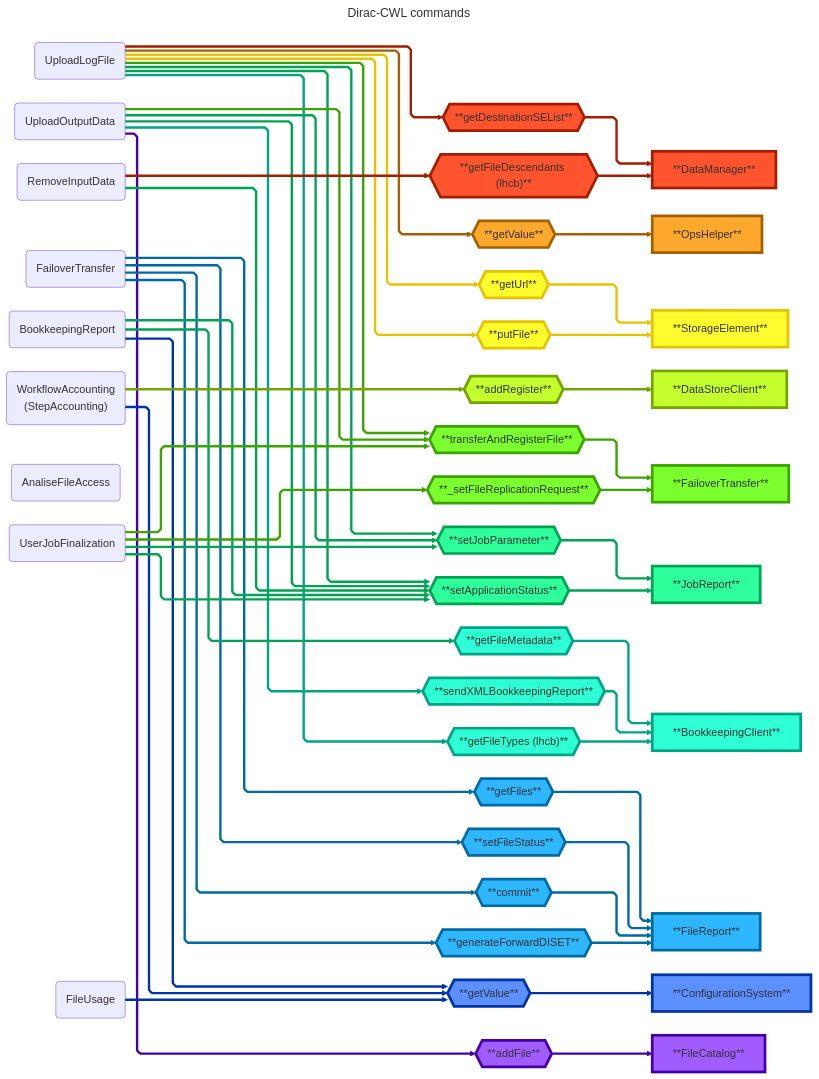
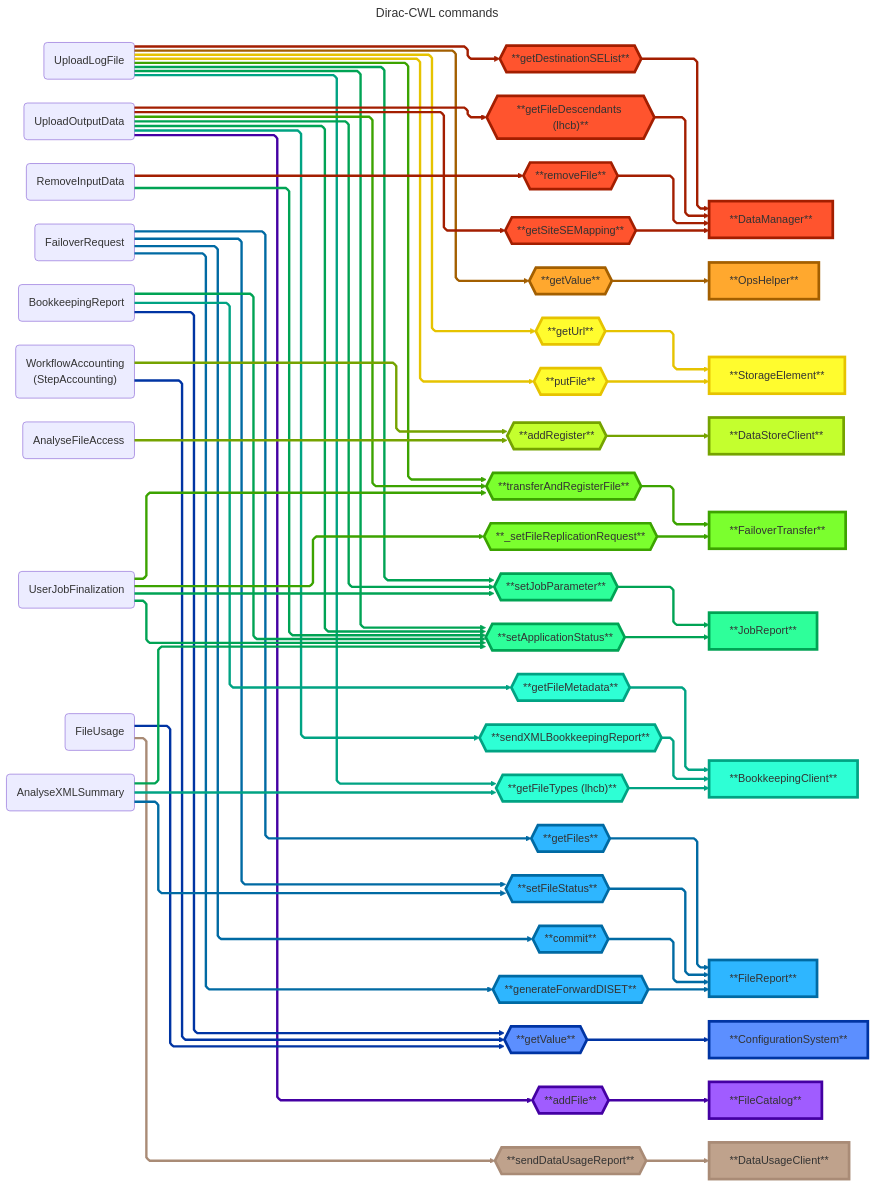
One commit to DIRACGrid/dirac-cwl changed the fifth of 5 diagrams in docs/design/lhcb-workflows.md. Above: the diagram before and after it, drawn with Mermaid. The commit also changed other lines of this file, not shown here.

Commit message:
fix(docs): Correct lhcb-workflows

````diff
--- a/docs/design/lhcb-workflows.md
+++ b/docs/design/lhcb-workflows.md
@@ -258,12 +262,17 @@
     getDestinationSEList getDestinationSEList_l@===> DataManager
     getFileDescendants{{"**getFileDescendants (lhcb)**"}}
     getFileDescendants getFileDescendants_l@===> DataManager
+    removeFile{{**removeFile**}}
+    removeFile removeFile_l@===> DataManager
+    getSiteSEMapping{{**getSiteSEMapping**}}
+    getSiteSEMapping getSiteSEMapping_l@===> DataManager
+
     DataManager[**DataManager**]
 
     classDef DataManagerLink stroke:#A31E00
     classDef DataManagerNode fill:#FF542E,stroke:#A31E00,stroke-width:4px ;
-    class DataManager,getDestinationSEList,getFileDescendants DataManagerNode
-    class getDestinationSEList_l,getFileDescendants_l DataManagerLink
+    class DataManager,getDestinationSEList,getFileDescendants,removeFile,getSiteSEMapping DataManagerNode
+    class getDestinationSEList_l,getFileDescendants_l,removeFile_l,getSiteSEMapping_l DataManagerLink
 
     %% ======================
     %% OpsHelper
@@ -399,6 +408,19 @@
     class addFile_l FileCatalogLink
 
     %% ======================
+    %% DataUsage
+    %% ======================
+
+    sendDataUsageReport{{**sendDataUsageReport**}}
+    sendDataUsageReport sendDataUsageReport_l@===> DataUsageClient
+    DataUsageClient[**DataUsageClient**]
+
+    classDef DataUsageClientLink stroke:#A98B76 ;
+    classDef DataUsageClientNode fill:#BFA28C,stroke:#A98B76,stroke-width:4px ;
+    class sendDataUsageReport,DataUsageClient DataUsageClientNode
+    class sendDataUsageReport_l DataUsageClientLink
+
+    %% ======================
     %% Commands
     %% ======================
 
@@ -429,17 +451,20 @@
     UploadOutputData UploadOutputData_l3@===> setApplicationStatus
     UploadOutputData UploadOutputData_l4@===> sendXMLBookkeepingReport
     UploadOutputData UploadOutputData_l5@===> addFile
+    UploadOutputData UploadOutputData_l6@===> getFileDescendants
+    UploadOutputData UploadOutputData_l7@===> getSiteSEMapping
 
     class UploadOutputData_l1 FailoverTransferLink
     class UploadOutputData_l2,UploadOutputData_l3 JobReportLink
     class UploadOutputData_l4 BookkeepingClientLink
     class UploadOutputData_l5 FileCatalogLink
+    class UploadOutputData_l6,UploadOutputData_l7 DataManagerLink
 
     %% ======================
 
     RemoveInputData("RemoveInputData")
 
-    RemoveInputData RemoveInputData_l1@===> getFileDescendants
+    RemoveInputData RemoveInputData_l1@===> removeFile
     RemoveInputData RemoveInputData_l2@===> setApplicationStatus
 
     class RemoveInputData_l1 DataManagerLink
@@ -447,14 +472,14 @@
 
     %% ======================
 
-    FailoverTransferC("FailoverTransfer")
+    FailoverRequest("FailoverRequest")
 
-    FailoverTransferC FailoverTransferC_l1@===> getFiles
-    FailoverTransferC FailoverTransferC_l2@===> setFileStatus
-    FailoverTransferC FailoverTransferC_l3@===> generateForwardDISET
-    FailoverTransferC FailoverTransferC_l4@===> commit
+    FailoverRequest FailoverRequest_l1@===> getFiles
+    FailoverRequest FailoverRequest_l2@===> setFileStatus
+    FailoverRequest FailoverRequest_l3@===> generateForwardDISET
+    FailoverRequest FailoverRequest_l4@===> commit
 
-    class FailoverTransferC_l1,FailoverTransferC_l2,FailoverTransferC_l3,FailoverTransferC_l4 FileReportLink
+    class FailoverRequest_l1,FailoverRequest_l2,FailoverRequest_l3,FailoverRequest_l4 FileReportLink
 
     %% ======================
 
@@ -464,7 +489,8 @@
     BookkeepingReport BookkeepingReport_l2@===> getFileMetadata
     BookkeepingReport BookkeepingReport_l3@===> getValueGconf
 
-    class BookkeepingReport_l1,BookkeepingReport_l2 JobReportLink
+    class BookkeepingReport_l1 JobReportLink
+    class BookkeepingReport_l2 BookkeepingClientLink
     class BookkeepingReport_l3 ConfigurationSystemLink
 
     %% ======================
@@ -479,7 +505,12 @@
 
     %% ======================
 
-    AnaliseFileAccess("AnaliseFileAccess")
+    AnalyseFileAccess("AnalyseFileAccess")
+
+    AnalyseFileAccess AnalyseFileAccess_l1@===> addRegister
+    class AnalyseFileAccess_l1 DataStoreClientLink
+
+    %% ======================
 
     UserJobFinalization("UserJobFinalization")
 
@@ -496,5 +527,20 @@
     FileUsage("FileUsage")
 
     FileUsage FileUsage_l1@===> getValueGconf
+    FileUsage FileUsage_l2@===> sendDataUsageReport
     class FileUsage_l1 ConfigurationSystemLink
+    class FileUsage_l2 DataUsageClientLink
+
+    %% ======================
+
+    AnalyseXMLSummary("AnalyseXMLSummary")
+
+    AnalyseXMLSummary AnalyseXMLSummary_l1@===> getFileTypes
+    AnalyseXMLSummary AnalyseXMLSummary_l2@===> setApplicationStatus
+    AnalyseXMLSummary AnalyseXMLSummary_l3@===> setFileStatus
+
+    class AnalyseXMLSummary_l1 BookkeepingClientLink
+    class AnalyseXMLSummary_l2 JobReportLink
+    class AnalyseXMLSummary_l3 FileReportLink
+
 ```
````
